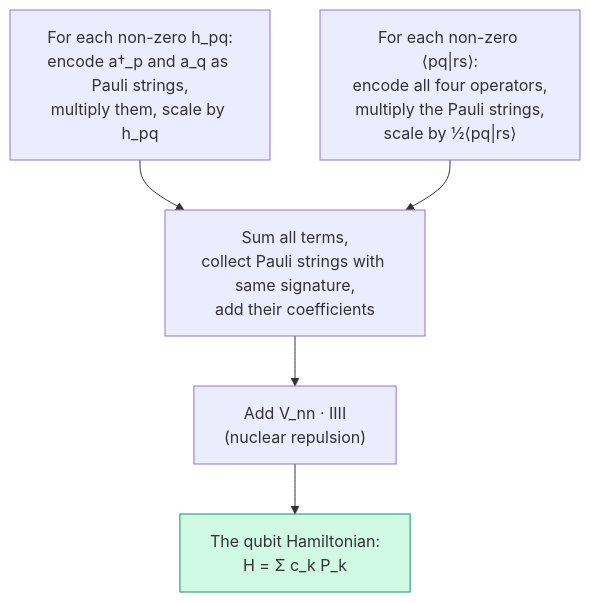
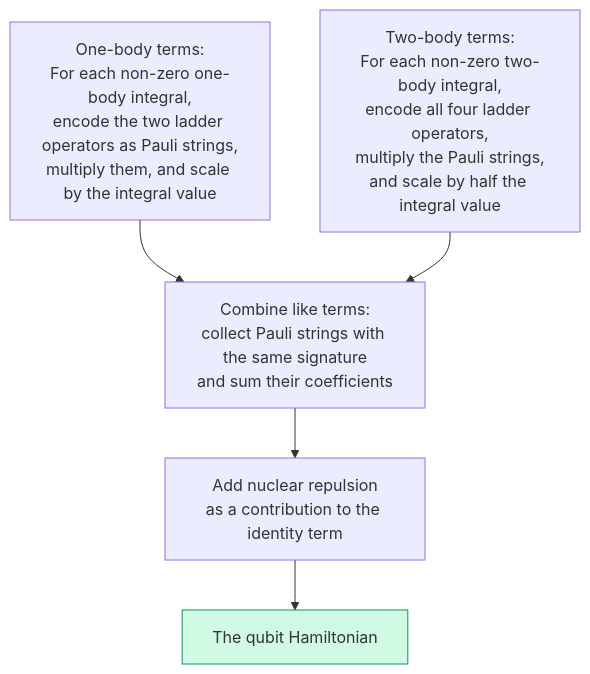
The diagram in book/05-building-hamiltonian.md (johnazariah/encodings), drawn with Mermaid before and after one commit. The commit also changed other lines of this file and 4 other files, not shown here.

````diff
--- a/book/05-building-hamiltonian.md
+++ b/book/05-building-hamiltonian.md
@@ -17,10 +97,10 @@
 ```mermaid
 flowchart TD
-    OB["For each non-zero h_pq:<br/>encode a†_p and a_q as Pauli strings,<br/>multiply them, scale by h_pq"]
-    TB["For each non-zero ⟨pq|rs⟩:<br/>encode all four operators,<br/>multiply the Pauli strings,<br/>scale by ½⟨pq|rs⟩"]
-    OB --> SUM["Sum all terms,<br/>collect Pauli strings with same signature,<br/>add their coefficients"]
+    OB["One-body terms:<br/>For each non-zero one-body integral,<br/>encode the two ladder operators as Pauli strings,<br/>multiply them, and scale by the integral value"]
+    TB["Two-body terms:<br/>For each non-zero two-body integral,<br/>encode all four ladder operators,<br/>multiply the Pauli strings,<br/>and scale by half the integral value"]
+    OB --> SUM["Combine like terms:<br/>collect Pauli strings with the same signature<br/>and sum their coefficients"]
     TB --> SUM
-    SUM --> NR["Add V_nn · IIII<br/>(nuclear repulsion)"]
-    NR --> HAM["The qubit Hamiltonian:<br/>H = Σ c_k P_k"]
+    SUM --> NR["Add nuclear repulsion<br/>as a contribution to the identity term"]
+    NR --> HAM["The qubit Hamiltonian"]
     style HAM fill:#d1fae5,stroke:#059669
 ```
````
